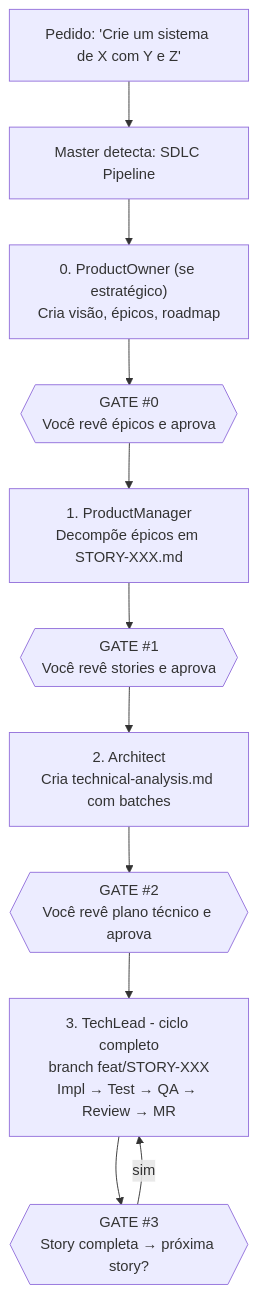
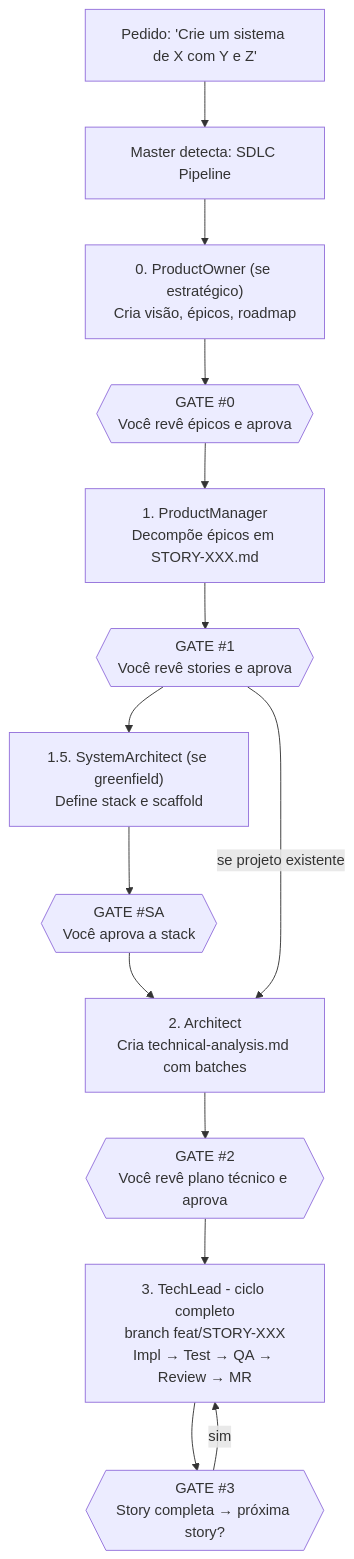
One commit to dgofreitas/opencode-workflow changed the sixth of 9 diagrams in docs/USAGE_GUIDE.md. Above: the diagram before and after it, drawn with Mermaid. The commit also changed other lines of this file and 14 other files, not shown here.

````diff
--- a/docs/USAGE_GUIDE.md
+++ b/docs/USAGE_GUIDE.md
@@ -269,13 +281,16 @@
 ```mermaid
 graph TD
     Start["Pedido: 'Crie um sistema de X com Y e Z'"] --> Detect["Master detecta: SDLC Pipeline"]
     Detect --> PO["0. ProductOwner (se estratégico)\nCria visão, épicos, roadmap"]
     PO --> G0{{"GATE #0\nVocê revê épicos e aprova"}}
     G0 --> PM["1. ProductManager\nDecompõe épicos em STORY-XXX.md"]
     PM --> G1{{"GATE #1\nVocê revê stories e aprova"}}
-    G1 --> Arch["2. Architect\nCria technical-analysis.md com batches"]
+    G1 --> SA["1.5. SystemArchitect (se greenfield)\nDefine stack e scaffold"]
+    SA --> GSA{{"GATE #SA\nVocê aprova a stack"}}
+    GSA --> Arch["2. Architect\nCria technical-analysis.md com batches"]
+    G1 -->|"se projeto existente"| Arch
     Arch --> G2{{"GATE #2\nVocê revê plano técnico e aprova"}}
     G2 --> TL["3. TechLead - ciclo completo\nbranch feat/STORY-XXX\nImpl → Test → QA → Review → MR"]
     TL --> G3{{"GATE #3\nStory completa → próxima story?"}}
     G3 -->|"sim"| TL
 ```
````
